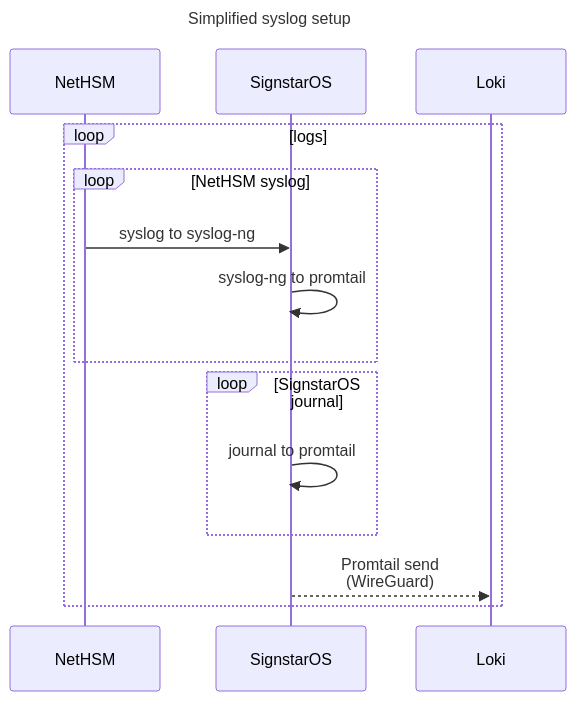
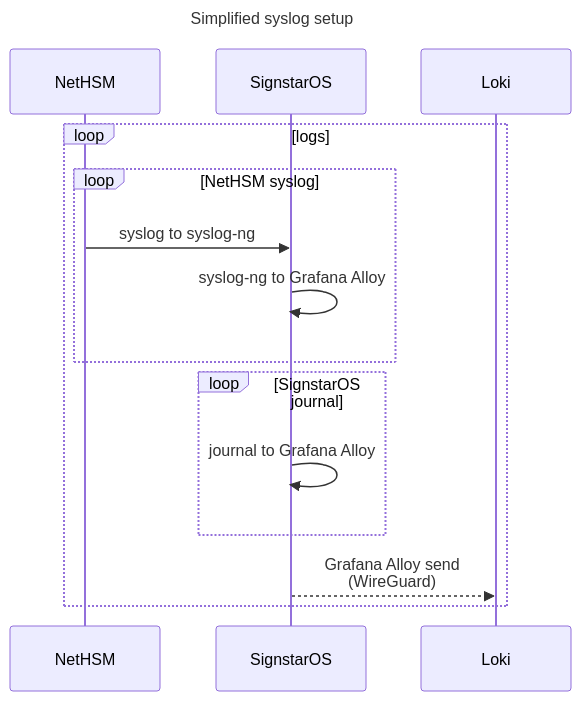
One commit to archlinux/signstar changed the third of 9 diagrams in resources/docs/design.md. Above: the diagram before and after it, drawn with Mermaid. The commit also changed other lines of this file, not shown here.

Commit message:
docs: Move from Loki to Grafana Alloy
Fixes: https://gitlab.archlinux.org/archlinux/signstar/-/work_items/335
Fixes: https://gitlab.archlinux.org/archlinux/signstar/-/work_items/336
Fixes: https://gitlab.archlinux.org/archlinux/signstar/-/work_items/337

````diff
--- a/resources/docs/design.md
+++ b/resources/docs/design.md
@@ -141,20 +141,20 @@
 ```mermaid
 ---
 title: Simplified syslog setup
 ---
 sequenceDiagram
     participant N as NetHSM
     participant S as SignstarOS
     participant L as Loki
 
     loop logs
         loop NetHSM syslog
             N ->> S: syslog to syslog-ng
-            S ->> S: syslog-ng to promtail
+            S ->> S: syslog-ng to Grafana Alloy
         end
         loop SignstarOS journal
-            S ->> S: journal to promtail
+            S ->> S: journal to Grafana Alloy
         end
-        S -->> L: Promtail send<br>(WireGuard)
+        S -->> L: Grafana Alloy send<br>(WireGuard)
     end
 ```
````
